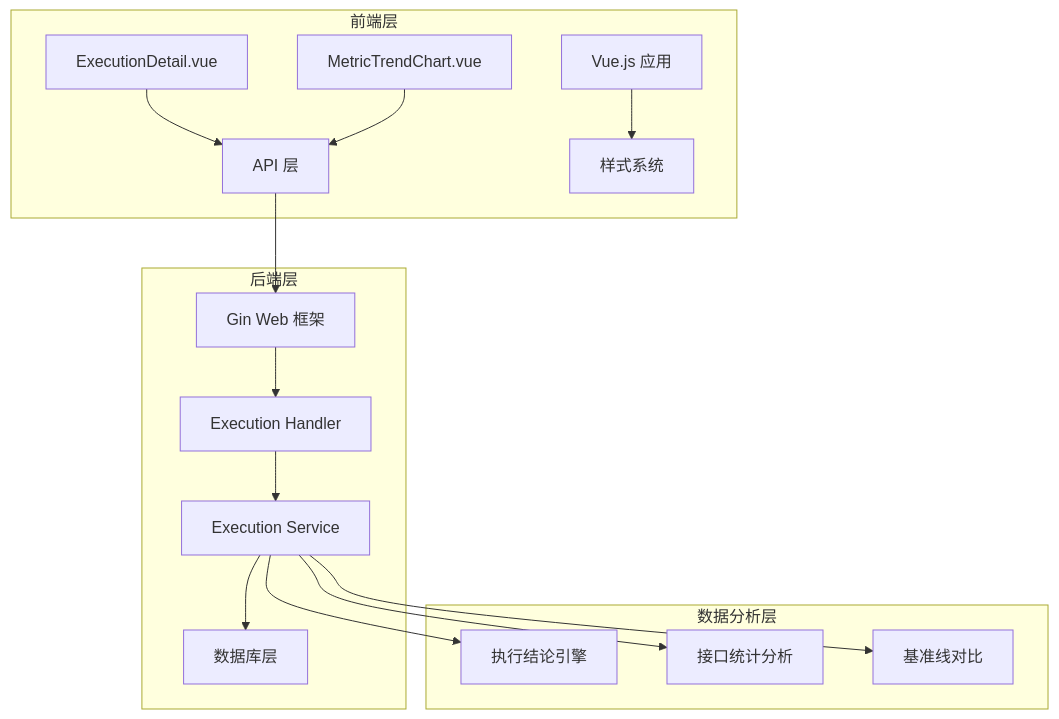
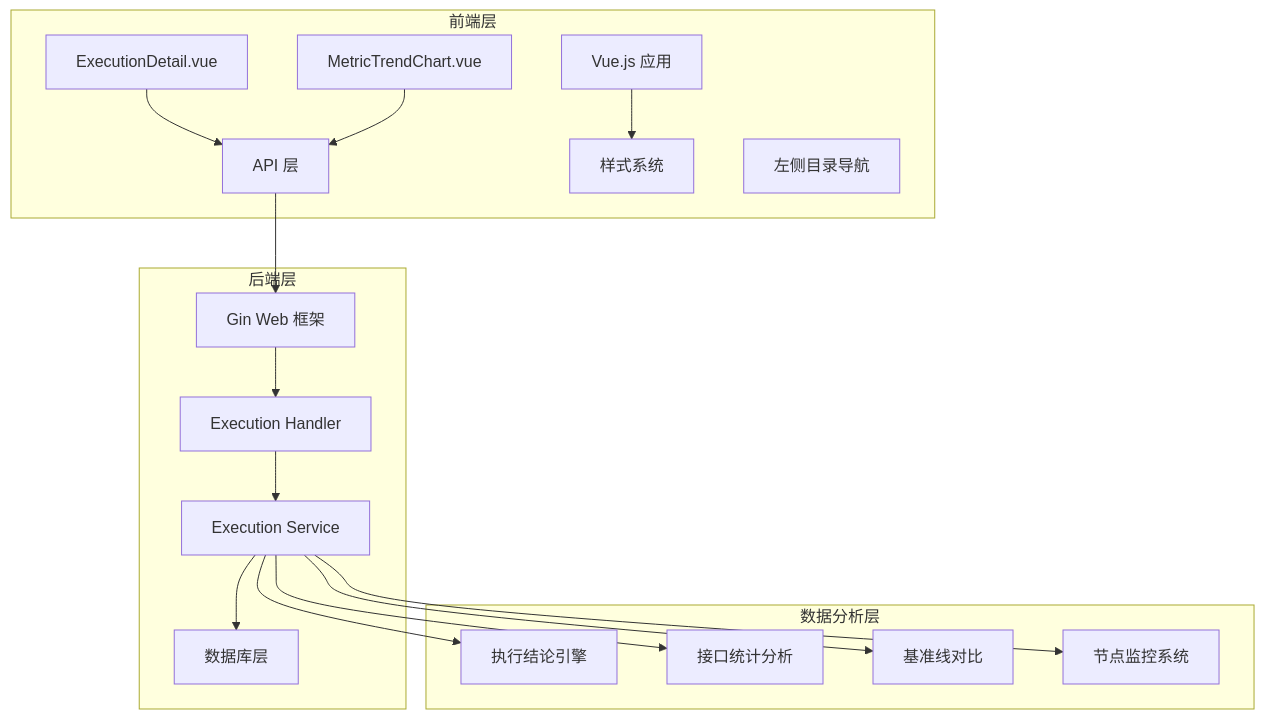
Before and after one commit to Liyuhao02/Jmeter-Admin: the first of 29 diagrams in .qoder/repowiki/zh/content/Execution Detail View.md, drawn with Mermaid. The commit also changed other lines of this file and 16 other files, not shown here.

````diff
--- a/.qoder/repowiki/zh/content/Execution Detail View.md
+++ b/.qoder/repowiki/zh/content/Execution Detail View.md
@@ -50,31 +52,34 @@
 ```mermaid
 graph TB
 subgraph "前端层"
 A[Vue.js 应用]
 B[ExecutionDetail.vue]
 C[MetricTrendChart.vue]
 D[API 层]
 E[样式系统]
+F[左侧目录导航]
 end
 subgraph "后端层"
-F[Gin Web 框架]
-G[Execution Handler]
-H[Execution Service]
-I[数据库层]
+G[Gin Web 框架]
+H[Execution Handler]
+I[Execution Service]
+J[数据库层]
 end
 subgraph "数据分析层"
-J[执行结论引擎]
-K[接口统计分析]
-L[基准线对比]
+K[执行结论引擎]
+L[接口统计分析]
+M[基准线对比]
+N[节点监控系统]
 end
 A --> E
 B --> D
 C --> D
-D --> F
-F --> G
+D --> G
 G --> H
 H --> I
-H --> J
-H --> K
-H --> L
+I --> J
+I --> K
+I --> L
+I --> M
+I --> N
 ```
````
